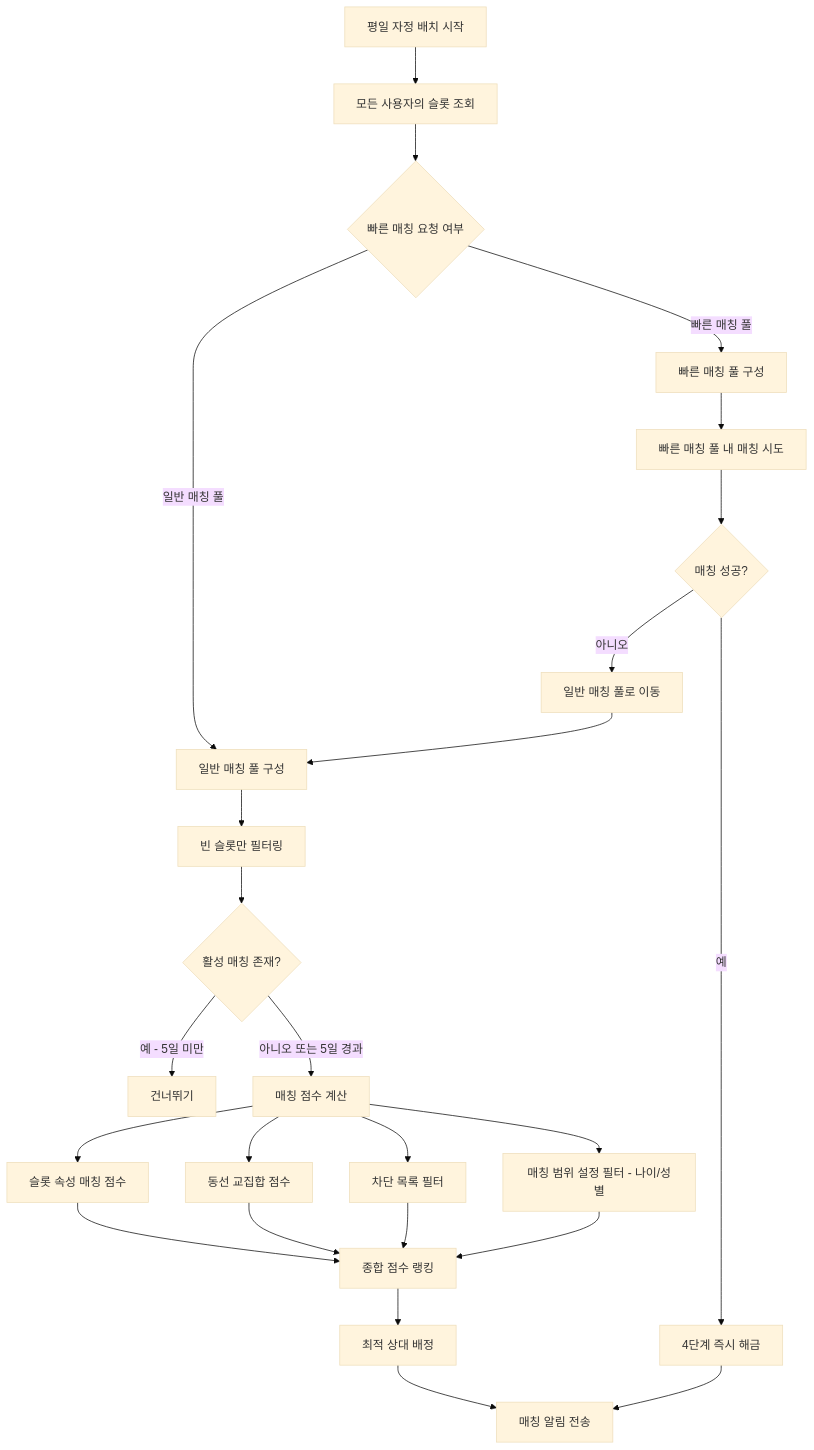
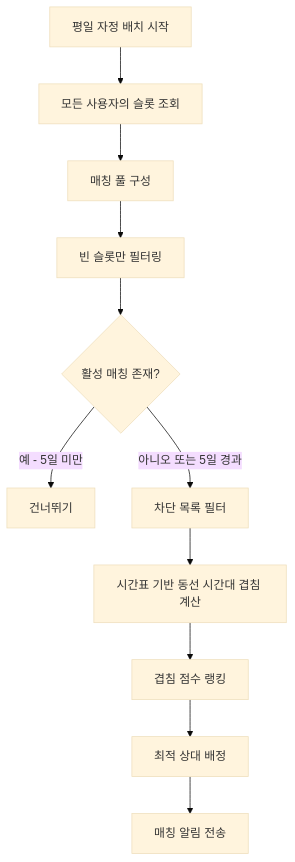
The third of 5 diagrams in .kiro/specs/ilgi-yebo/design.md (kookmin-sw/2026-capstone-57), drawn with Mermaid (base theme) before and after one commit. The commit also changed other lines of this file and 1 other file, not shown here.

````diff
--- a/.kiro/specs/ilgi-yebo/design.md
+++ b/.kiro/specs/ilgi-yebo/design.md
@@ -359,34 +361,17 @@
 ```mermaid
 flowchart TD
     START[평일 자정 배치 시작] --> FETCH[모든 사용자의 슬롯 조회]
-    FETCH --> SPLIT{빠른 매칭 요청 여부}
-    
-    SPLIT -->|빠른 매칭 풀| FAST[빠른 매칭 풀 구성]
-    SPLIT -->|일반 매칭 풀| NORMAL[일반 매칭 풀 구성]
-    
-    FAST --> FAST_MATCH[빠른 매칭 풀 내 매칭 시도]
-    FAST_MATCH --> FAST_OK{매칭 성공?}
-    FAST_OK -->|예| STAGE4[4단계 즉시 해금]
-    FAST_OK -->|아니오| FALLBACK[일반 매칭 풀로 이동]
-    FALLBACK --> NORMAL
+    FETCH --> NORMAL[매칭 풀 구성]
     
     NORMAL --> FILTER[빈 슬롯만 필터링]
     FILTER --> SKIP{활성 매칭 존재?}
     SKIP -->|예 - 5일 미만| PASS[건너뛰기]
-    SKIP -->|아니오 또는 5일 경과| SCORE[매칭 점수 계산]
+    SKIP -->|아니오 또는 5일 경과| BLOCK[차단 목록 필터]
     
-    SCORE --> ATTR[슬롯 속성 매칭 점수]
-    SCORE --> ROUTE[동선 교집합 점수]
-    SCORE --> BLOCK[차단 목록 필터]
-    SCORE --> PREF[매칭 범위 설정 필터 - 나이/성별]
+    BLOCK --> ROUTE[시간표 기반 동선 시간대 겹침 계산]
     
-    ATTR --> RANK[종합 점수 랭킹]
-    ROUTE --> RANK
-    BLOCK --> RANK
-    PREF --> RANK
+    ROUTE --> RANK[겹침 점수 랭킹]
     
     RANK --> ASSIGN[최적 상대 배정]
     ASSIGN --> NOTIFY[매칭 알림 전송]
-    
-    STAGE4 --> NOTIFY
 ```
````
